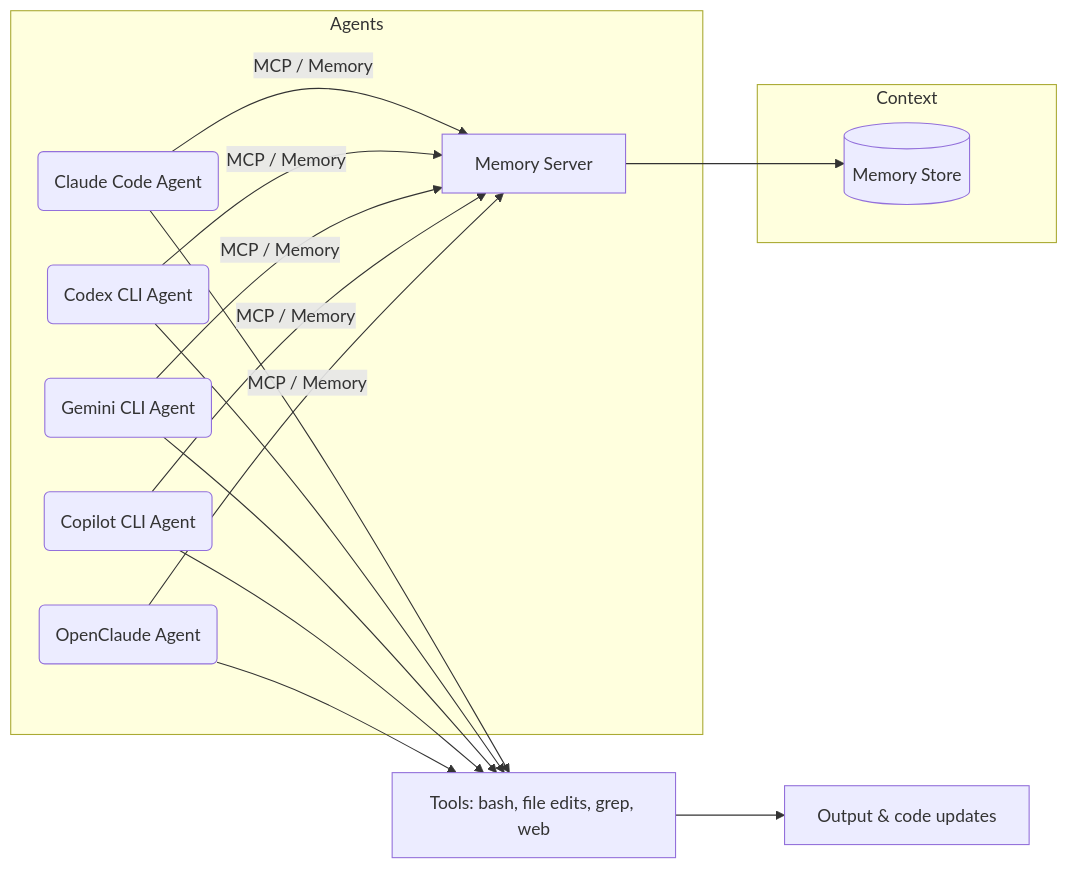
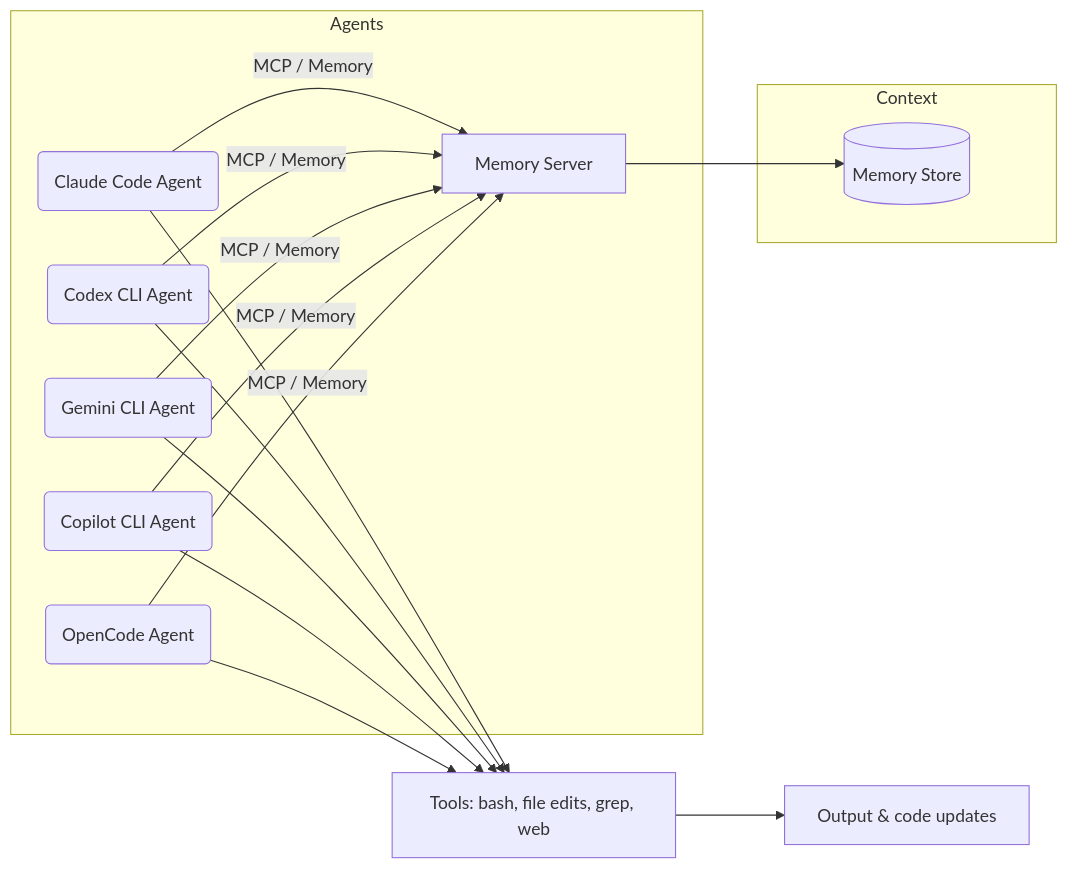
One commit to Andersonlimahw/ai-starter-kit changed the diagram in docs/README-en.md. Above: the diagram before and after it, drawn with Mermaid. The commit also changed other lines of this file and 30 other files, not shown here.

Commit message:
feat: enhance AI agents kit with smart-dispatch, OpenCode, and token optimization : 05/09/26 - 15:25

````diff
--- a/docs/README-en.md
+++ b/docs/README-en.md
@@ -110,15 +112,15 @@
 ```mermaid
 flowchart LR
   subgraph Agents
     A(Claude Code Agent) -->|MCP / Memory| S[Memory Server]
     B(Codex CLI Agent) -->|MCP / Memory| S
     C(Gemini CLI Agent) -->|MCP / Memory| S
     D(Copilot CLI Agent) -->|MCP / Memory| S
-    E(OpenClaude Agent) -->|MCP / Memory| S
+    E(OpenCode Agent) -->|MCP / Memory| S
   end
   subgraph Context
     S --> DB[(Memory Store)]
   end
   A & B & C & D & E --> Tools["Tools: bash, file edits, grep, web"]
   Tools --> Results[Output & code updates]
 ```
````
